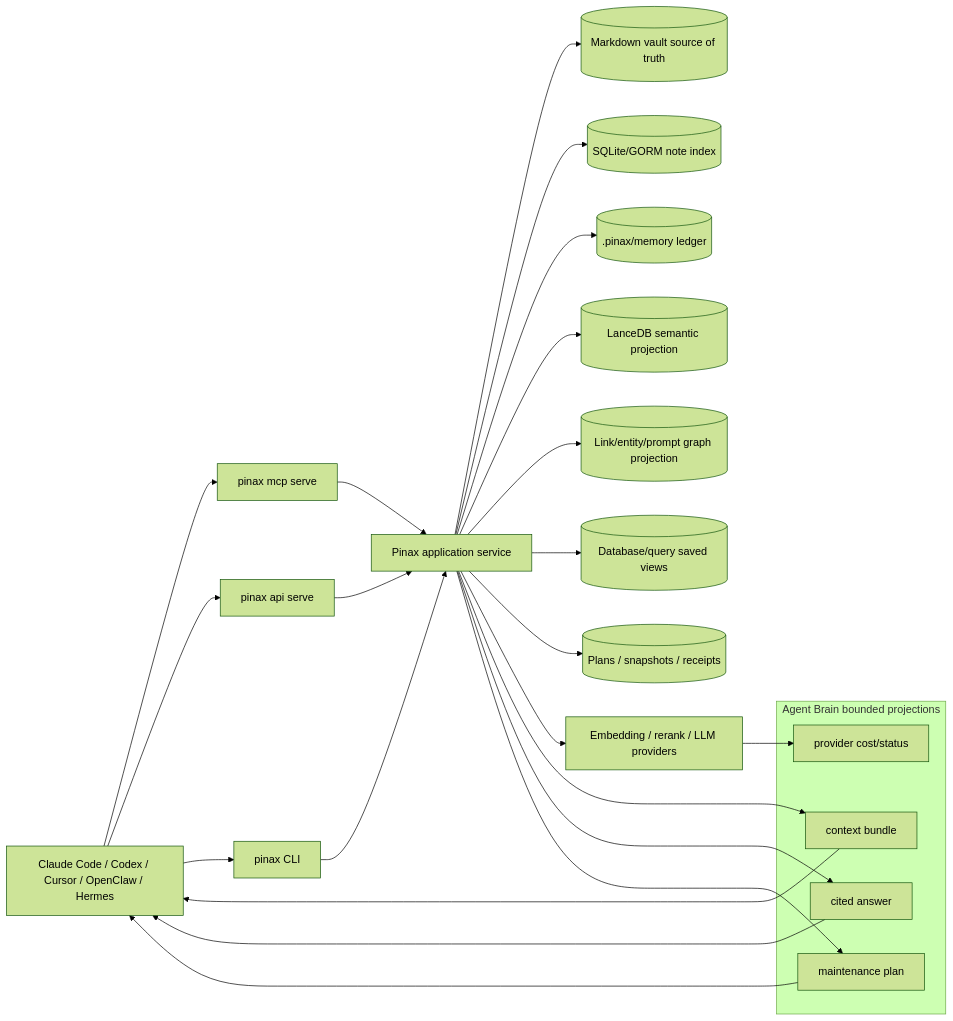
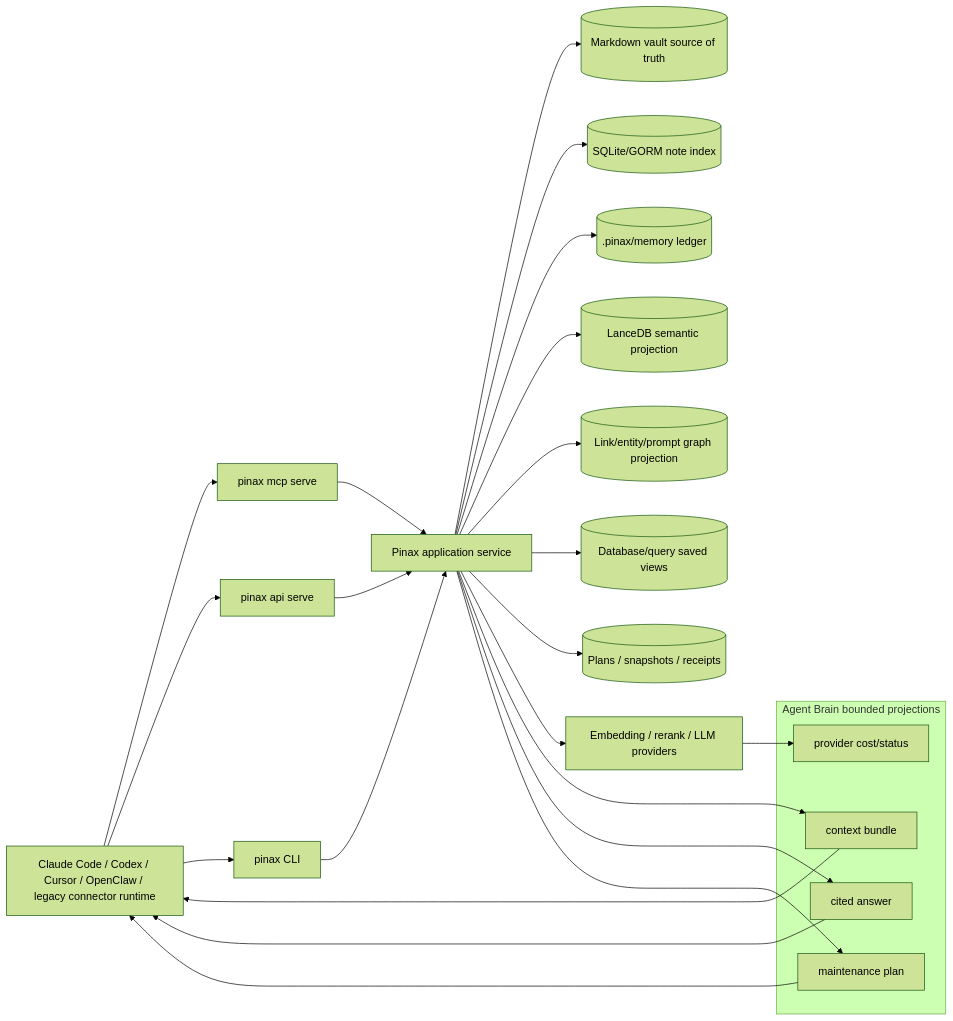
The diagram in openspec/changes/archive/2026-06-27-pinax-agent-brain-layer/design.md (yeisme/pinax), drawn with Mermaid (forest theme) before and after one commit. The commit also changed 115 other files, not shown here.

````diff
--- a/openspec/changes/archive/2026-06-27-pinax-agent-brain-layer/design.md
+++ b/openspec/changes/archive/2026-06-27-pinax-agent-brain-layer/design.md
@@ -19,34 +19,34 @@
 ```mermaid
 flowchart LR
-    Agent[Claude Code / Codex / Cursor / OpenClaw / Hermes] --> MCP[pinax mcp serve]
+    Agent[Claude Code / Codex / Cursor / OpenClaw / legacy connector runtime] --> MCP[pinax mcp serve]
     Agent --> API[pinax api serve]
     Agent --> CLI[pinax CLI]
 
     CLI --> Service[Pinax application service]
     MCP --> Service
     API --> Service
 
     Service --> Vault[(Markdown vault source of truth)]
     Service --> Index[(SQLite/GORM note index)]
     Service --> Memory[(.pinax/memory ledger)]
     Service --> KB[(LanceDB semantic projection)]
     Service --> Graph[(Link/entity/prompt graph projection)]
     Service --> Views[(Database/query saved views)]
     Service --> Proof[(Plans / snapshots / receipts)]
     Service --> Provider[Embedding / rerank / LLM providers]
 
     subgraph BrainProjection[Agent Brain bounded projections]
         Context[context bundle]
         Answer[cited answer]
         Maintenance[maintenance plan]
         Costs[provider cost/status]
     end
 
     Service --> Context
     Service --> Answer
     Service --> Maintenance
     Provider --> Costs
     Context --> Agent
     Answer --> Agent
     Maintenance --> Agent
 ```
````
